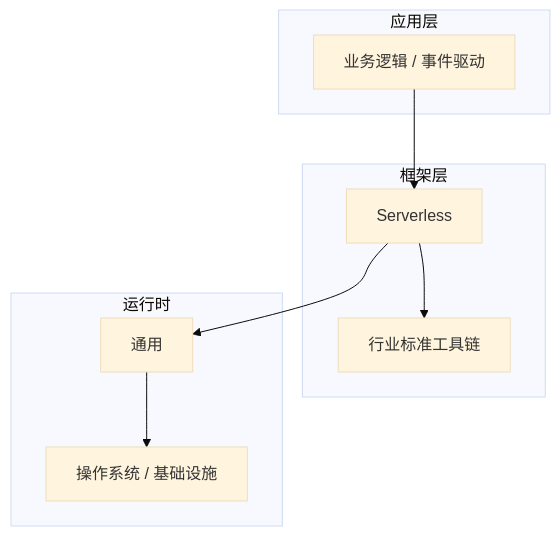
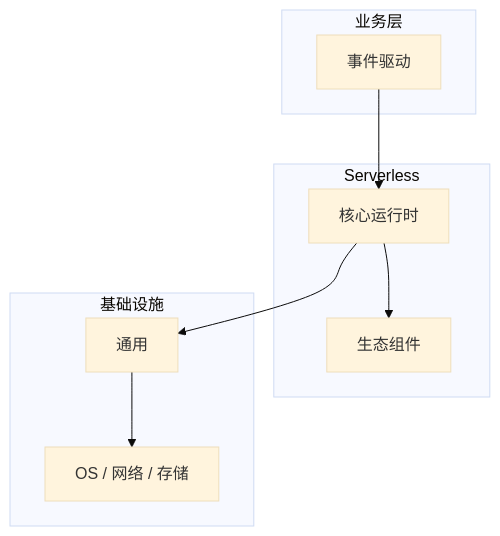
Before and after one commit to yanggan2015/knowledge-json-v2: the diagram in articles/Serverless/chapters/013-事件驱动核心概念与原理.md, drawn with Mermaid (base theme). The commit also changed other lines of this file and 10127 other files, not shown here.

````diff
--- a/articles/Serverless/chapters/013-事件驱动核心概念与原理.md
+++ b/articles/Serverless/chapters/013-事件驱动核心概念与原理.md
@@ -45,18 +34,18 @@
 ```mermaid
 graph TB
-    subgraph 应用层
-        A[业务逻辑 / 事件驱动]
+    subgraph 业务层
+        A[事件驱动]
     end
-    subgraph 框架层
-        B[Serverless]
-        C[行业标准工具链]
+    subgraph Serverless
+        B[核心运行时]
+        C[生态组件]
     end
-    subgraph 运行时
+    subgraph 基础设施
         D[通用]
-        E[操作系统 / 基础设施]
+        E[OS / 网络 / 存储]
     end
     A --> B
     B --> C
     B --> D
     D --> E
 ```
````
